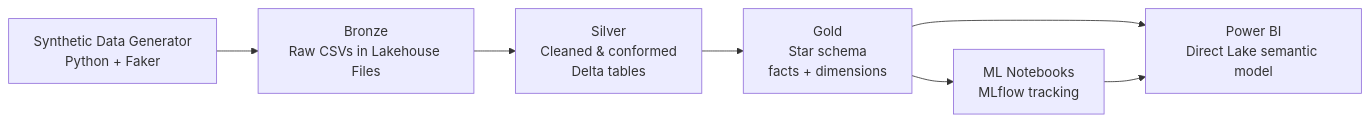
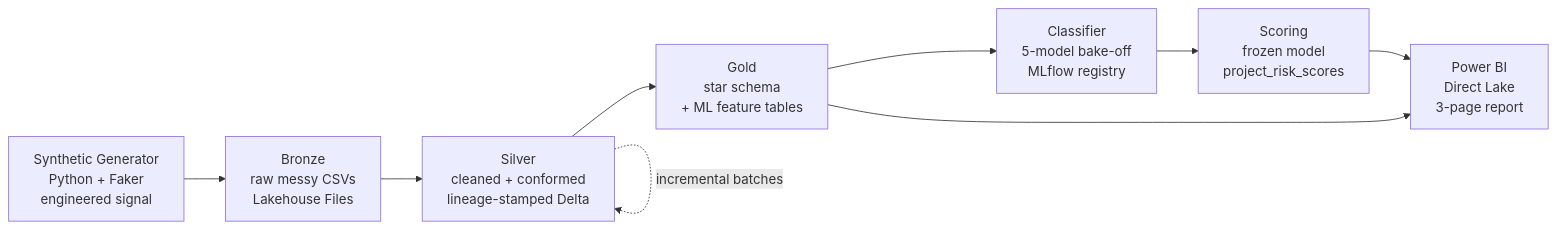
Before and after one commit to skylarcalvin/Meridian_Construction: the diagram in README.md, drawn with Mermaid. The commit also changed other lines of this file and 13 other files, not shown here.

````diff
--- a/README.md
+++ b/README.md
@@ -32,9 +35,11 @@
 ```mermaid
 flowchart LR
-    A[Synthetic Data Generator<br/>Python + Faker] --> B[Bronze<br/>Raw CSVs in Lakehouse Files]
-    B --> C[Silver<br/>Cleaned & conformed<br/>Delta tables]
-    C --> D[Gold<br/>Star schema<br/>facts + dimensions]
-    D --> E[ML Notebooks<br/>MLflow tracking]
-    D --> F[Power BI<br/>Direct Lake semantic model]
-    E --> F
+    A[Synthetic Generator<br/>Python + Faker<br/>engineered signal] --> B[Bronze<br/>raw messy CSVs<br/>Lakehouse Files]
+    B --> C[Silver<br/>cleaned + conformed<br/>lineage-stamped Delta]
+    C --> D[Gold<br/>star schema<br/>+ ML feature tables]
+    D --> E[Classifier<br/>5-model bake-off<br/>MLflow registry]
+    E --> F[Scoring<br/>frozen model<br/>project_risk_scores]
+    D --> G[Power BI<br/>Direct Lake<br/>3-page report]
+    F --> G
+    C -.incremental batches.-> C
 ```
````
